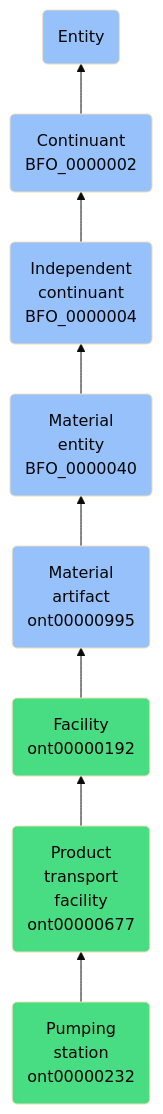
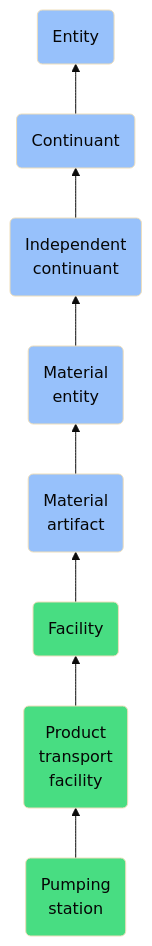
Before and after one commit to jupyter-naas/abi: the diagram in docs/ontology/reference/model/Entity/Continuant/Independent continuant/Material entity/Material artifact/Facility/Product transport facility/Pumping station/Pumping station.md, drawn with Mermaid (base theme). The commit also changed other lines of this file and 1430 other files, not shown here.

````diff
--- a/docs/ontology/reference/model/Entity/Continuant/Independent continuant/Material entity/Material artifact/Facility/Product transport facility/Pumping station/Pumping station.md
+++ b/docs/ontology/reference/model/Entity/Continuant/Independent continuant/Material entity/Material artifact/Facility/Product transport facility/Pumping station/Pumping station.md
@@ -24,15 +24,15 @@
 ```mermaid
 graph BT
-    ont00000232(Pumping<br>station<br>ont00000232):::ABI-->ont00000677
-    ont00000677(Product<br>transport<br>facility<br>ont00000677):::ABI-->ont00000192
-    ont00000192(Facility<br>ont00000192):::ABI-->ont00000995
-    ont00000995(Material<br>artifact<br>ont00000995):::BFO-->BFO_0000040
-    BFO_0000040(Material<br>entity<br>BFO_0000040):::BFO-->BFO_0000004
-    BFO_0000004(Independent<br>continuant<br>BFO_0000004):::BFO-->BFO_0000002
-    BFO_0000002(Continuant<br>BFO_0000002):::BFO-->BFO_0000001
+    ont00000232(Pumping<br>station):::ABI-->ont00000677
+    ont00000677(Product<br>transport<br>facility):::ABI-->ont00000192
+    ont00000192(Facility):::ABI-->ont00000995
+    ont00000995(Material<br>artifact):::BFO-->BFO_0000040
+    BFO_0000040(Material<br>entity):::BFO-->BFO_0000004
+    BFO_0000004(Independent<br>continuant):::BFO-->BFO_0000002
+    BFO_0000002(Continuant):::BFO-->BFO_0000001
     BFO_0000001(Entity):::BFO
     
     classDef BFO fill:#97c1fb,color:#060606
     classDef CCO fill:#e4c51e,color:#060606
     classDef ABI fill:#48DD82,color:#060606
 ```
````
